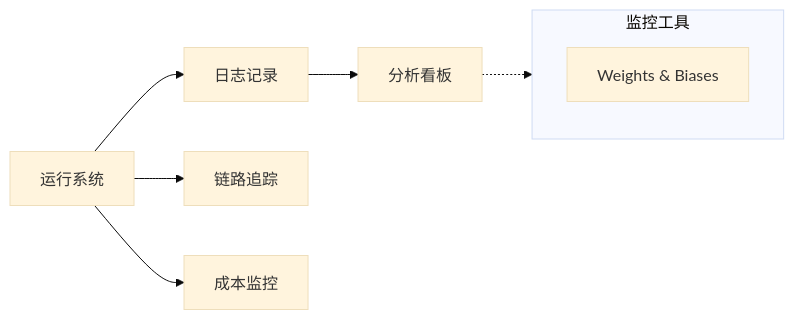
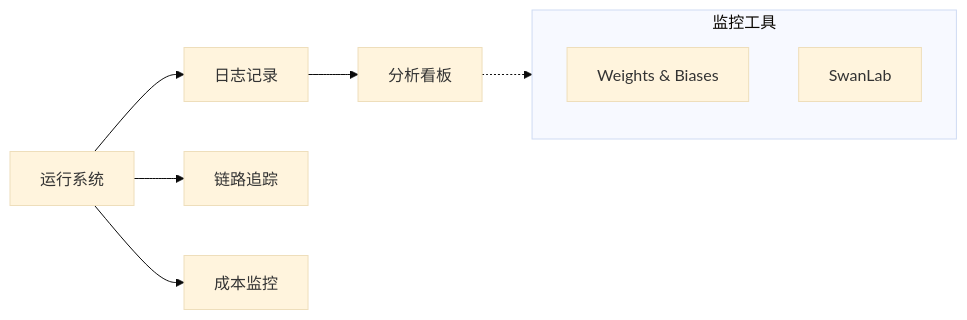
One commit to cruldra/notes3 changed the sixth of 6 diagrams in docs/AI/llm_graph.md. Above: the diagram before and after it, drawn with Mermaid (base theme). The commit also changed other lines of this file and 9 other files, not shown here.

````diff
--- a/docs/AI/llm_graph.md
+++ b/docs/AI/llm_graph.md
@@ -200,13 +200,14 @@
 ```mermaid
 graph LR
     System[运行系统] --> Logging[日志记录]
     System --> Tracing[链路追踪]
     System --> Cost[成本监控]
     Logging --> Analysis[分析看板]
     
     subgraph Tools [监控工具]
         WandB[Weights & Biases]
+        SwanLab[SwanLab]
     end
     
     Analysis -.-> Tools
 ```
````
